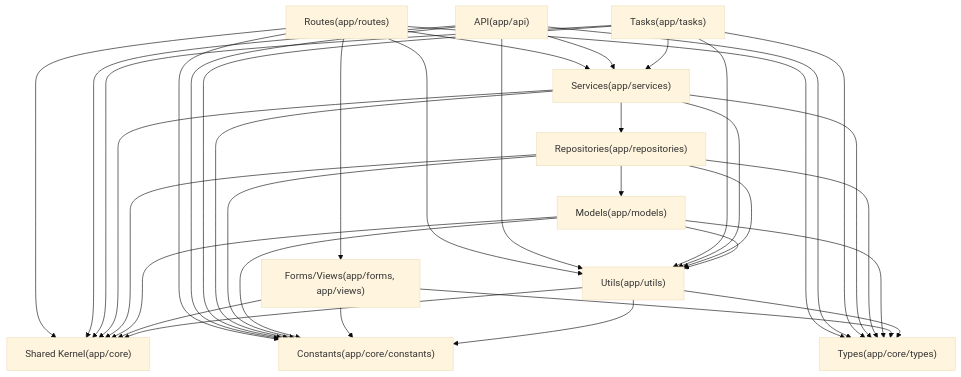
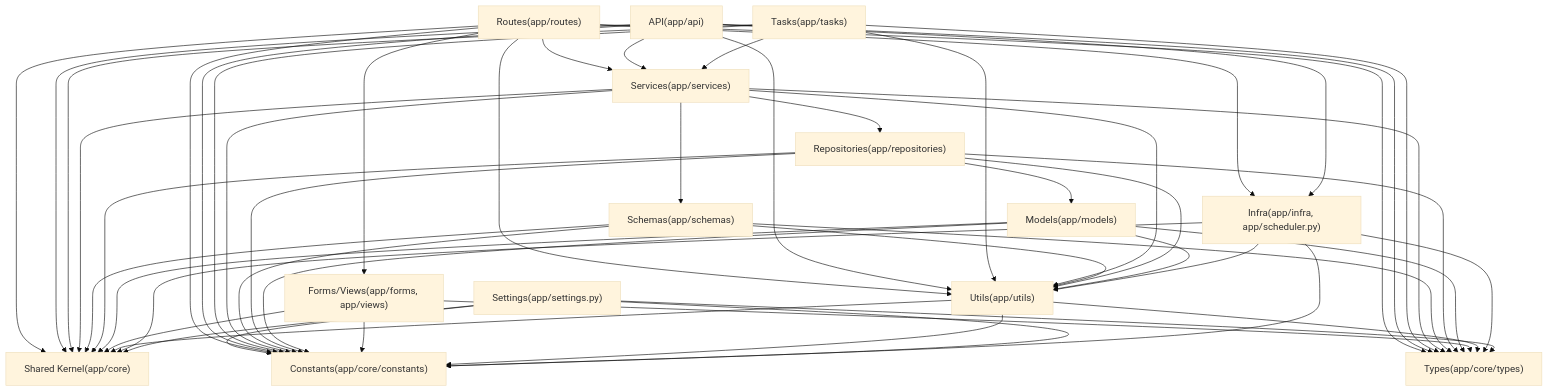
One commit to nyealovey/WhaleFall changed the diagram in docs/Obsidian/standards/backend/layer/README.md. Above: the diagram before and after it, drawn with Mermaid (base theme). The commit also changed other lines of this file and 9 other files, not shown here.

````diff
--- a/docs/Obsidian/standards/backend/layer/README.md
+++ b/docs/Obsidian/standards/backend/layer/README.md
@@ -25,24 +25,30 @@
 ```mermaid
 graph TD
   Routes["Routes(app/routes)"]
   API["API(app/api)"]
   Tasks["Tasks(app/tasks)"]
   Services["Services(app/services)"]
+  Schemas["Schemas(app/schemas)"]
   Repositories["Repositories(app/repositories)"]
   Models["Models(app/models)"]
   FormsViews["Forms/Views(app/forms, app/views)"]
+  Infra["Infra(app/infra, app/scheduler.py)"]
   Utils["Utils(app/utils)"]
+  Settings["Settings(app/settings.py)"]
   SharedKernel["Shared Kernel(app/core)"]
   Constants["Constants(app/core/constants)"]
   Types["Types(app/core/types)"]
 
-  Routes --> Services & FormsViews & Utils
-  API --> Services & Utils
+  Routes --> Services & FormsViews & Utils & Infra
+  API --> Services & Utils & Infra
   Tasks --> Services & Utils
-  Services --> Repositories & Utils
+  Services --> Repositories & Utils & Schemas
+  Schemas --> Utils
   Repositories --> Models & Utils
   Models --> Utils
-  Routes & API & Tasks & Services & Repositories & Models & FormsViews & Utils --> SharedKernel
-  Routes & API & Tasks & Services & Repositories & Models & FormsViews & Utils --> Constants
-  Routes & API & Tasks & Services & Repositories & Models & FormsViews & Utils --> Types
+  Infra --> Utils
+  Settings --> Constants
+  Routes & API & Tasks & Services & Schemas & Repositories & Models & FormsViews & Utils & Infra & Settings --> SharedKernel
+  Routes & API & Tasks & Services & Schemas & Repositories & Models & FormsViews & Utils & Infra & Settings --> Constants
+  Routes & API & Tasks & Services & Schemas & Repositories & Models & FormsViews & Utils & Infra & Settings --> Types
 ```
````
